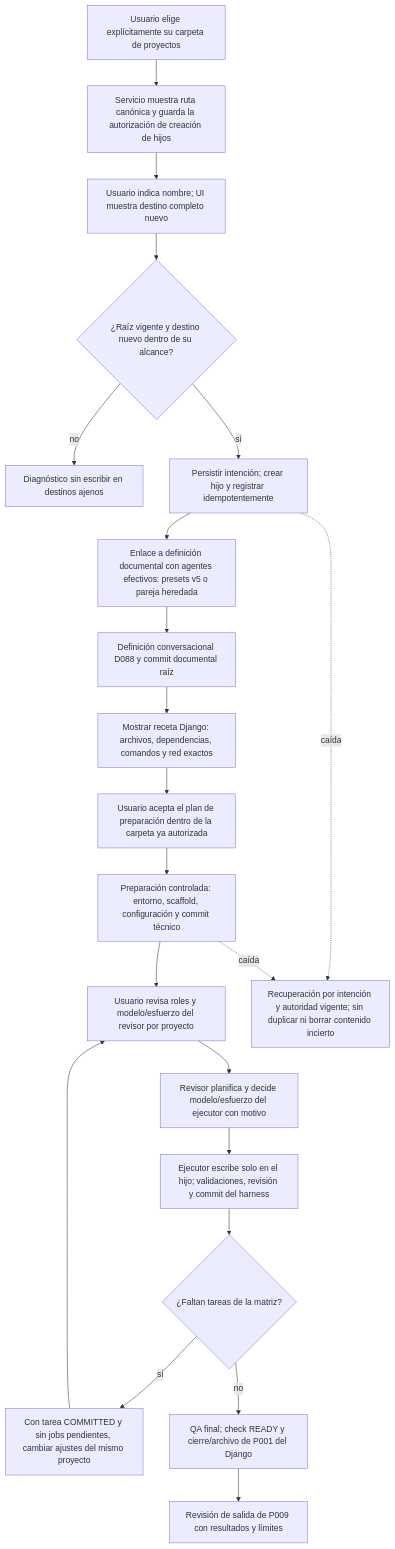
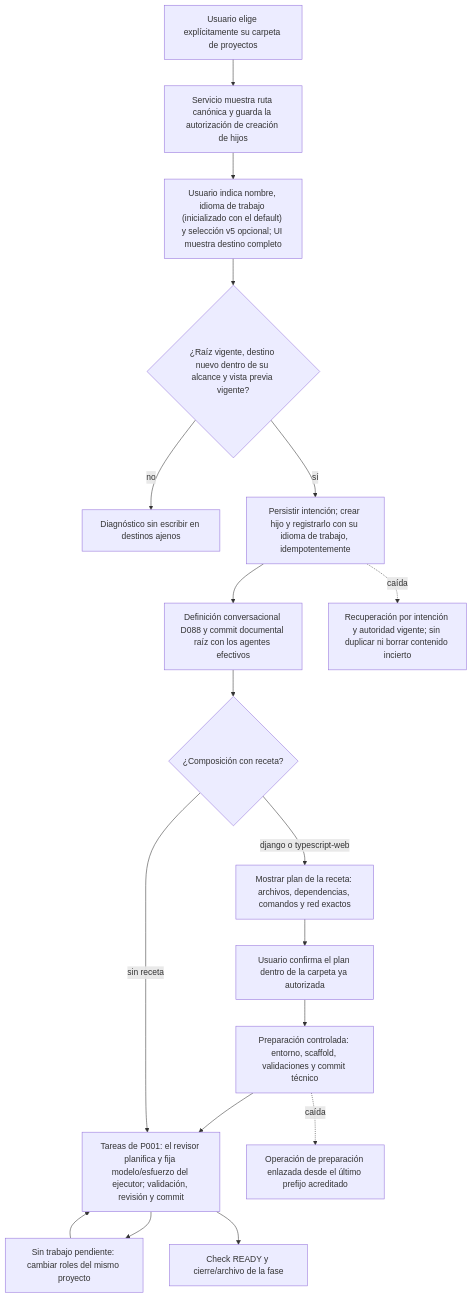
One commit to AcostaDDev/my-harness-archive changed the first of 2 diagrams in docs/flows/project-creation.md. Above: the diagram before and after it, drawn with Mermaid. The commit also changed other lines of this file and 23 other files, not shown here.

First line of the commit message:
docs: complete P011-T013 semantic audit of diagrams and flows

````diff
--- a/docs/flows/project-creation.md
+++ b/docs/flows/project-creation.md
@@ -12,23 +13,20 @@
 ```mermaid
 flowchart TD
     U["Usuario elige explícitamente su carpeta de proyectos"] --> R["Servicio muestra ruta canónica y guarda la autorización de creación de hijos"]
-    R --> N["Usuario indica nombre; UI muestra destino completo nuevo"]
-    N --> V{"¿Raíz vigente y destino nuevo dentro de su alcance?"}
+    R --> N["Usuario indica nombre, idioma de trabajo (inicializado con el default) y selección v5 opcional; UI muestra destino completo"]
+    N --> V{"¿Raíz vigente, destino nuevo dentro de su alcance y vista previa vigente?"}
     V -- no --> X["Diagnóstico sin escribir en destinos ajenos"]
-    V -- sí --> C["Persistir intención; crear hijo y registrar idempotentemente"]
-    C --> D["Enlace a definición documental con agentes efectivos: presets v5 o pareja heredada"]
-    D --> DC["Definición conversacional D088 y commit documental raíz"]
-    DC --> P["Mostrar receta Django: archivos, dependencias, comandos y red exactos"]
-    P --> A["Usuario acepta el plan de preparación dentro de la carpeta ya autorizada"]
-    A --> S["Preparación controlada: entorno, scaffold, configuración y commit técnico"]
-    S --> Q["Usuario revisa roles y modelo/esfuerzo del revisor por proyecto"]
-    Q --> E["Revisor planifica y decide modelo/esfuerzo del ejecutor con motivo"]
-    E --> T["Ejecutor escribe solo en el hijo; validaciones, revisión y commit del harness"]
-    T --> M{"¿Faltan tareas de la matriz?"}
-    M -- sí --> B["Con tarea COMMITTED y sin jobs pendientes, cambiar ajustes del mismo proyecto"]
-    B --> Q
-    M -- no --> F["QA final; check READY y cierre/archivo de P001 del Django"]
-    F --> I["Revisión de salida de P009 con resultados y límites"]
+    V -- sí --> C["Persistir intención; crear hijo y registrarlo con su idioma de trabajo, idempotentemente"]
+    C --> D["Definición conversacional D088 y commit documental raíz con los agentes efectivos"]
+    D --> RC{"¿Composición con receta?"}
+    RC -- "django o typescript-web" --> P["Mostrar plan de la receta: archivos, dependencias, comandos y red exactos"]
+    P --> A["Usuario confirma el plan dentro de la carpeta ya autorizada"]
+    A --> S["Preparación controlada: entorno, scaffold, validaciones y commit técnico"]
+    S --> T
+    RC -- "sin receta" --> T["Tareas de P001: el revisor planifica y fija modelo/esfuerzo del ejecutor; validación, revisión y commit"]
+    T --> Q["Sin trabajo pendiente: cambiar roles del mismo proyecto"]
+    Q --> T
+    T --> F["Check READY y cierre/archivo de la fase"]
     C -. caída .-> Z["Recuperación por intención y autoridad vigente; sin duplicar ni borrar contenido incierto"]
-    S -. caída .-> Z
+    S -. caída .-> Y["Operación de preparación enlazada desde el último prefijo acreditado"]
 ```
````
